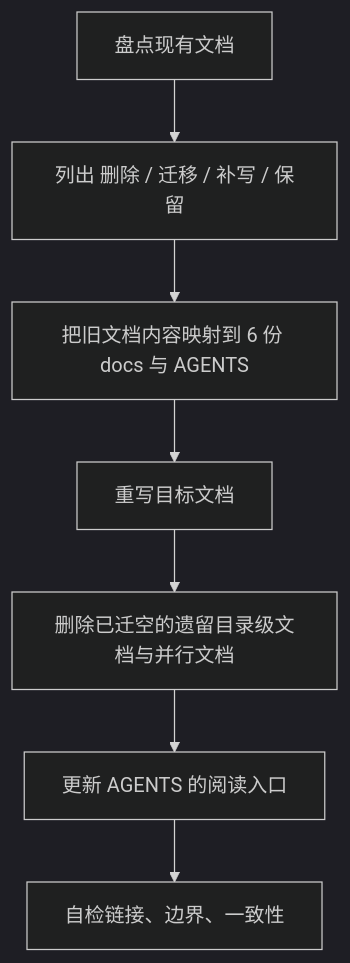
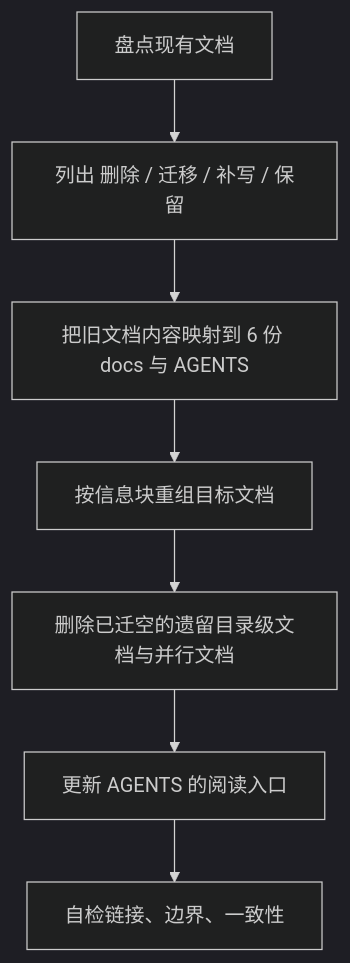
One commit to neavo/LinguaGacha changed the diagram in .codex/skills/project-docs/SKILL.md. Above: the diagram before and after it, drawn with Mermaid (dark theme). The commit also changed other lines of this file and 16 other files, not shown here.

````diff
--- a/.codex/skills/project-docs/SKILL.md
+++ b/.codex/skills/project-docs/SKILL.md
@@ -94,9 +95,9 @@
 ```mermaid
 flowchart TD
     A["盘点现有文档"] --> B["列出 删除 / 迁移 / 补写 / 保留"]
     B --> C["把旧文档内容映射到 6 份 docs 与 AGENTS"]
-    C --> D["重写目标文档"]
+    C --> D["按信息块重组目标文档"]
     D --> E["删除已迁空的遗留目录级文档与并行文档"]
     E --> F["更新 AGENTS 的阅读入口"]
     F --> G["自检链接、边界、一致性"]
 ```
````
